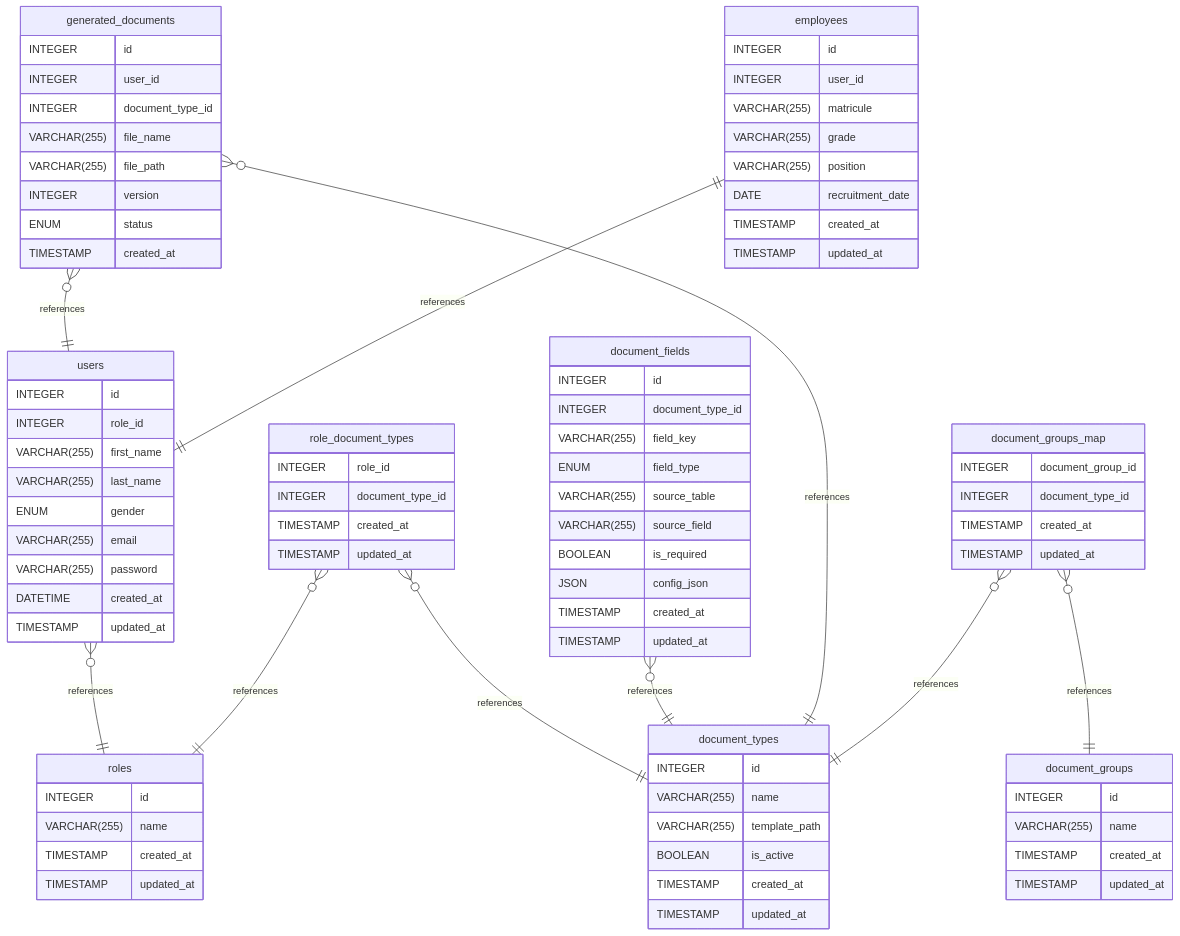
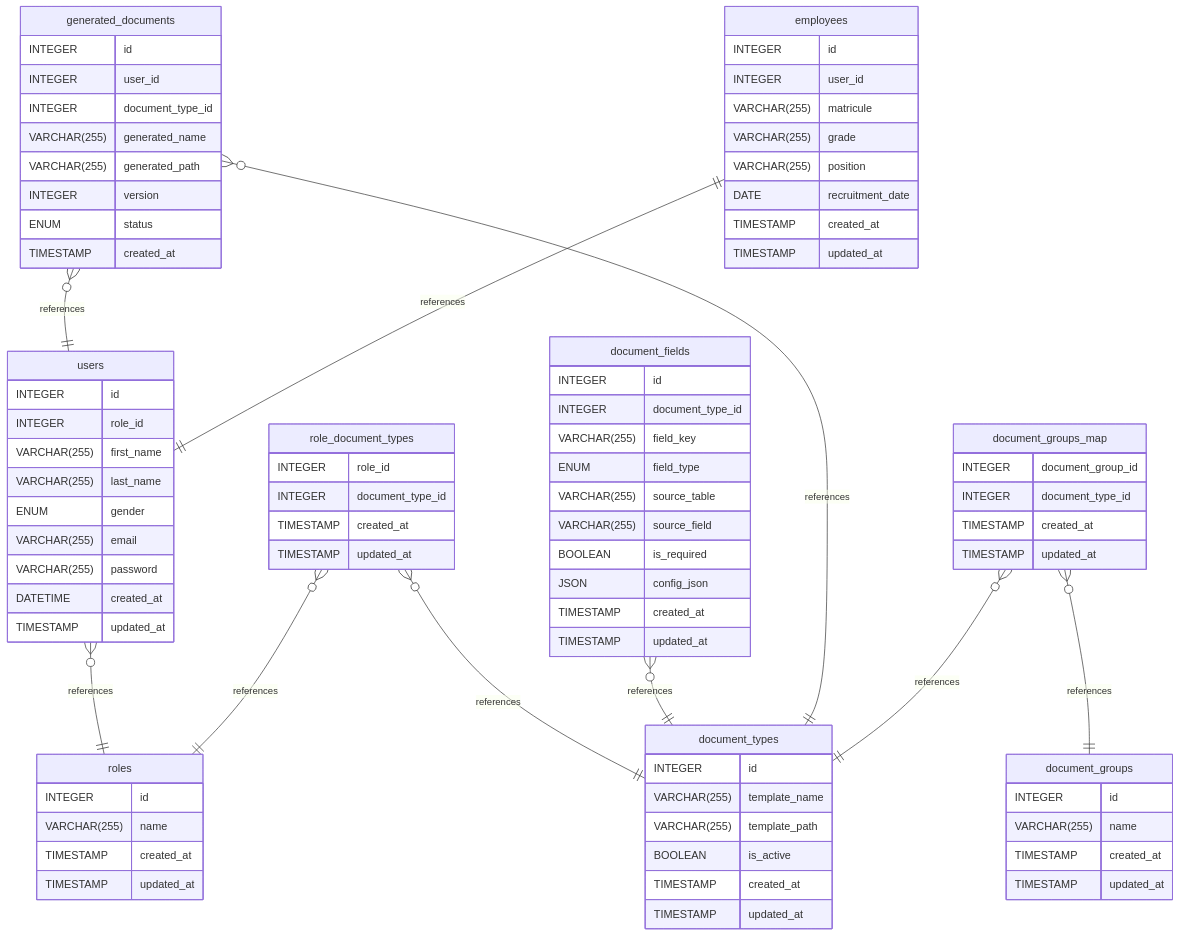
One commit to nzrrs/CMC-DMS changed the diagram in backend/database/README.md. Above: the diagram before and after it, drawn with Mermaid. The commit also changed other lines of this file, not shown here.

```diff
--- a/backend/database/README.md
+++ b/backend/database/README.md
@@ -292,7 +257,7 @@
 
     document_types {
         INTEGER id
-        VARCHAR(255) name
+        VARCHAR(255) template_name
         VARCHAR(255) template_path
         BOOLEAN is_active
         TIMESTAMP created_at
@@ -326,8 +291,8 @@
         INTEGER id
         INTEGER user_id
         INTEGER document_type_id
-        VARCHAR(255) file_name
-        VARCHAR(255) file_path
+        VARCHAR(255) generated_name
+        VARCHAR(255) generated_path
         INTEGER version
         ENUM status
         TIMESTAMP created_at
```
